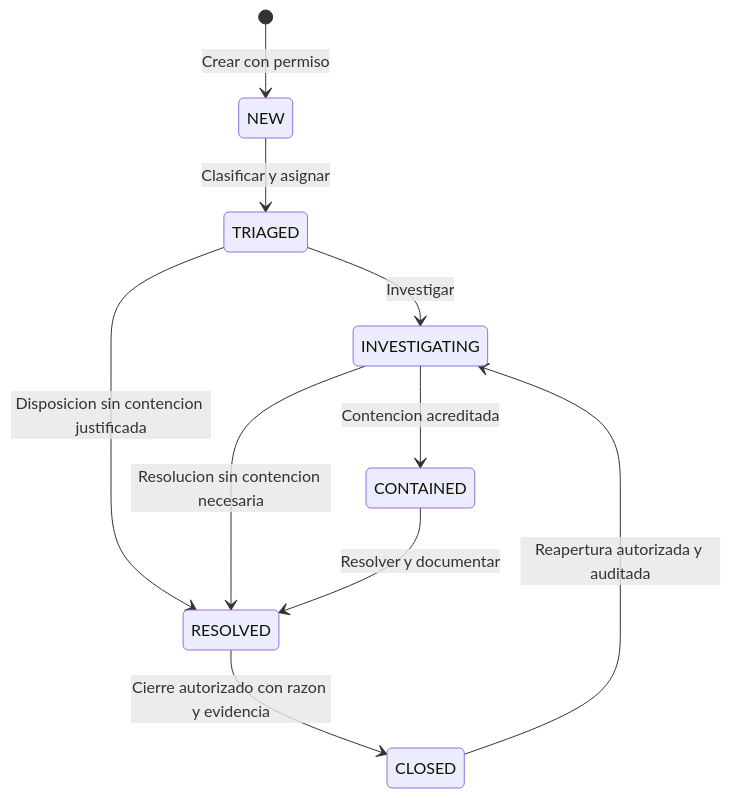
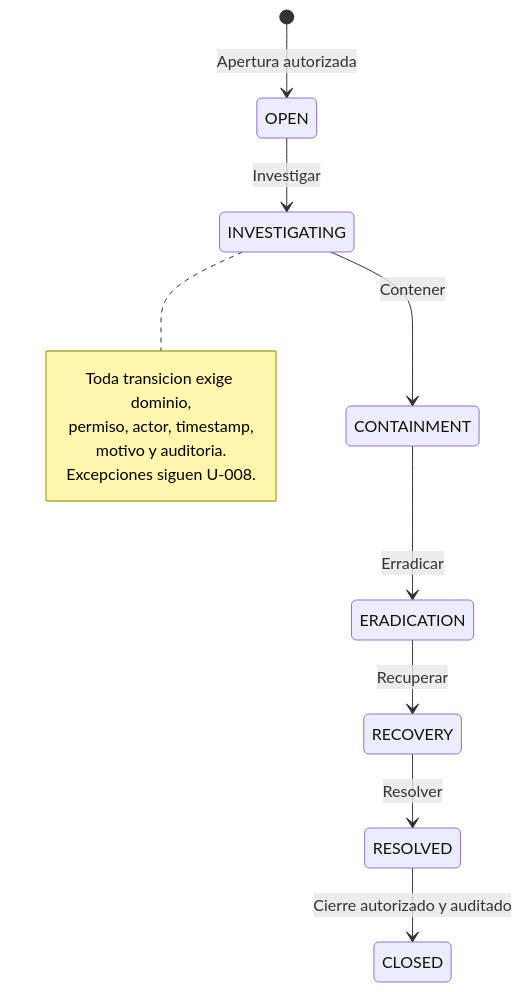
Before and after one commit to CyberStill-GmbH/qapaq-secops: the diagram in docs/diagrams/06-incident-lifecycle.mmd, drawn with Mermaid. The commit also changed 16 other files, not shown here.

```diff
--- a/docs/diagrams/06-incident-lifecycle.mmd
+++ b/docs/diagrams/06-incident-lifecycle.mmd
@@ -1,10 +1,14 @@
 stateDiagram-v2
-    [*] --> NEW: Crear con permiso
-    NEW --> TRIAGED: Clasificar y asignar
-    TRIAGED --> INVESTIGATING: Investigar
-    TRIAGED --> RESOLVED: Disposicion sin contencion justificada
-    INVESTIGATING --> CONTAINED: Contencion acreditada
-    INVESTIGATING --> RESOLVED: Resolucion sin contencion necesaria
-    CONTAINED --> RESOLVED: Resolver y documentar
-    RESOLVED --> CLOSED: Cierre autorizado con razon y evidencia
-    CLOSED --> INVESTIGATING: Reapertura autorizada y auditada
+    [*] --> OPEN: Apertura autorizada
+    OPEN --> INVESTIGATING: Investigar
+    INVESTIGATING --> CONTAINMENT: Contener
+    CONTAINMENT --> ERADICATION: Erradicar
+    ERADICATION --> RECOVERY: Recuperar
+    RECOVERY --> RESOLVED: Resolver
+    RESOLVED --> CLOSED: Cierre autorizado y auditado
+    note right of INVESTIGATING
+        Toda transicion exige dominio,
+        permiso, actor, timestamp,
+        motivo y auditoria.
+        Excepciones siguen U-008.
+    end note
```
